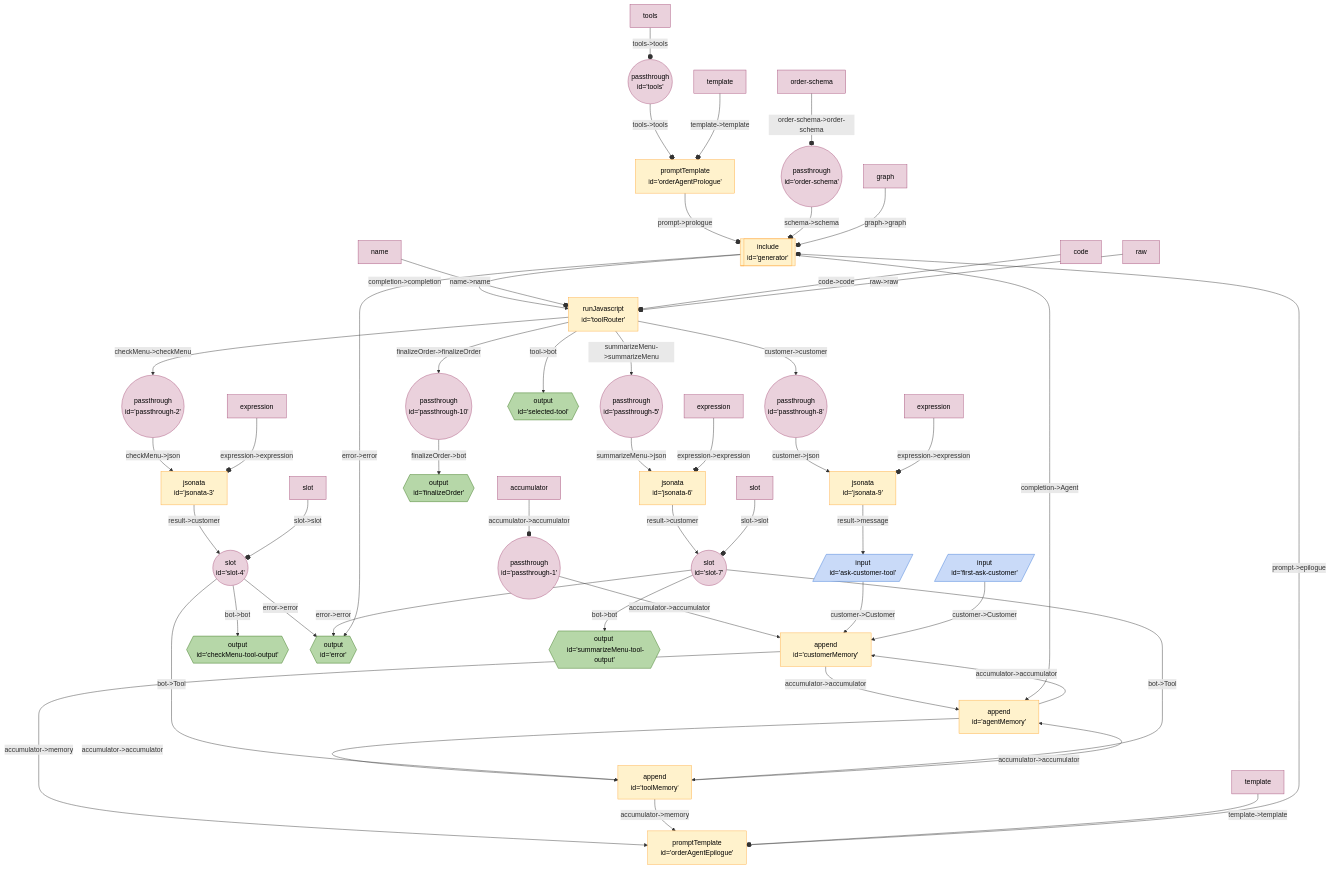
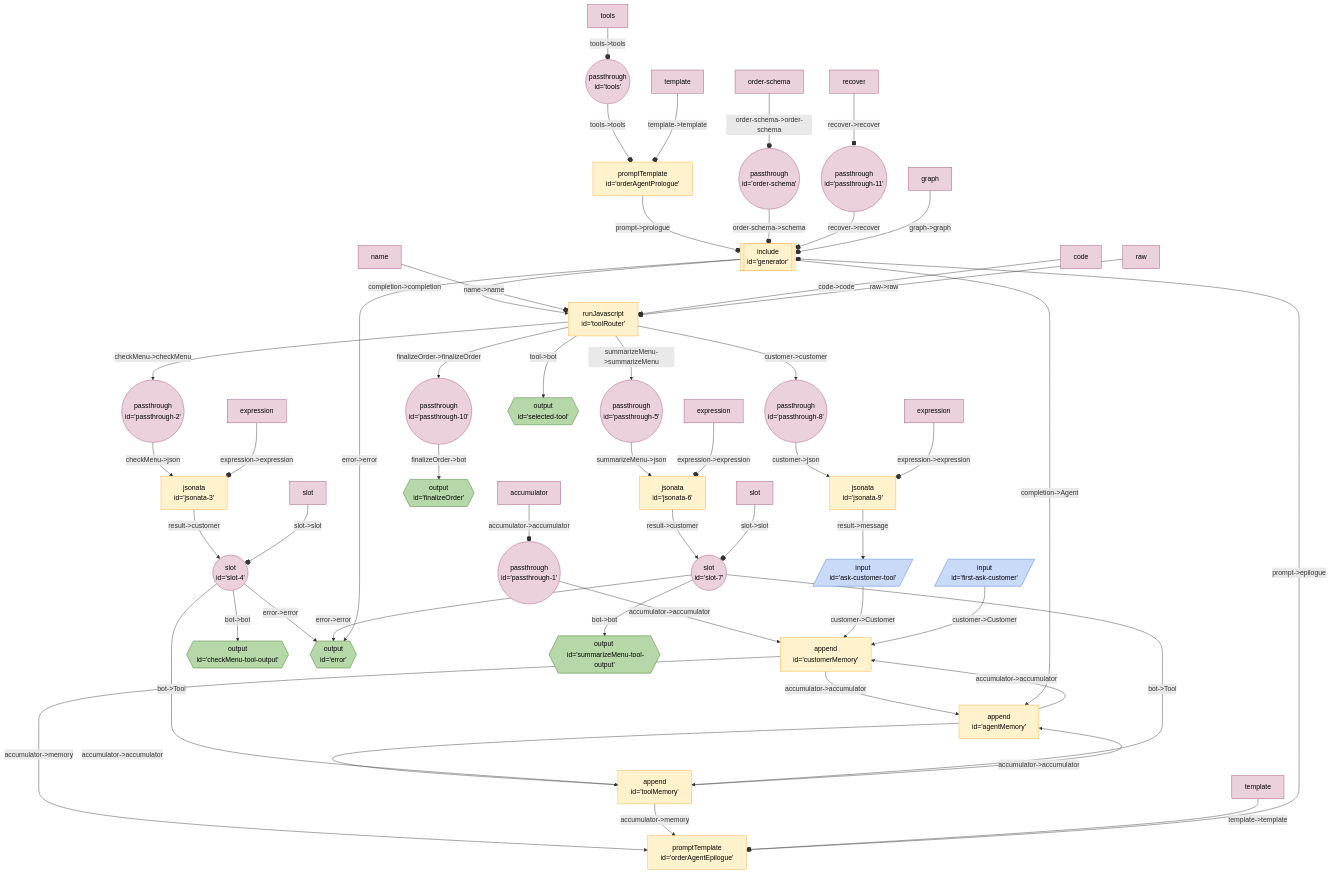
The diagram in seeds/coffee-bot-board/docs/order-agent.md (breadboard-ai/breadboard), drawn with Mermaid before and after one commit. The commit also changed 6 other files, not shown here.

````diff
--- a/seeds/coffee-bot-board/docs/order-agent.md
+++ b/seeds/coffee-bot-board/docs/order-agent.md
@@ -3,60 +3,62 @@
 ```mermaid
 %%{init: 'themeVariables': { 'fontFamily': 'Fira Code, monospace' }}%%
 graph TD;
 tools(("passthrough <br> id='tools'")):::passthrough -- "tools->tools" --o orderAgentPrologue["promptTemplate <br> id='orderAgentPrologue'"]
 passthrough1(("passthrough <br> id='passthrough-1'")):::passthrough -- "accumulator->accumulator" --> customerMemory["append <br> id='customerMemory'"]
 customerMemory["append <br> id='customerMemory'"] -- "accumulator->accumulator" --> agentMemory["append <br> id='agentMemory'"]
 agentMemory["append <br> id='agentMemory'"] -- "accumulator->accumulator" --> toolMemory["append <br> id='toolMemory'"]
 agentMemory["append <br> id='agentMemory'"] -- "accumulator->accumulator" --> customerMemory["append <br> id='customerMemory'"]
 toolMemory["append <br> id='toolMemory'"] -- "accumulator->accumulator" --> agentMemory["append <br> id='agentMemory'"]
 customerMemory["append <br> id='customerMemory'"] -- "accumulator->memory" --> orderAgentEpilogue["promptTemplate <br> id='orderAgentEpilogue'"]
 toolMemory["append <br> id='toolMemory'"] -- "accumulator->memory" --> orderAgentEpilogue["promptTemplate <br> id='orderAgentEpilogue'"]
 slot4(("slot <br> id='slot-4'")):::slot -- "bot->Tool" --> toolMemory["append <br> id='toolMemory'"]
 slot4(("slot <br> id='slot-4'")):::slot -- "bot->bot" --> checkMenutooloutput{{"output <br> id='checkMenu-tool-output'"}}:::output
 slot4(("slot <br> id='slot-4'")):::slot -- "error->error" --> error{{"output <br> id='error'"}}:::output
 jsonata3["jsonata <br> id='jsonata-3'"] -- "result->customer" --> slot4(("slot <br> id='slot-4'")):::slot
 passthrough2(("passthrough <br> id='passthrough-2'")):::passthrough -- "checkMenu->json" --> jsonata3["jsonata <br> id='jsonata-3'"]
 slot7(("slot <br> id='slot-7'")):::slot -- "bot->Tool" --> toolMemory["append <br> id='toolMemory'"]
 slot7(("slot <br> id='slot-7'")):::slot -- "bot->bot" --> summarizeMenutooloutput{{"output <br> id='summarizeMenu-tool-output'"}}:::output
 slot7(("slot <br> id='slot-7'")):::slot -- "error->error" --> error{{"output <br> id='error'"}}:::output
 jsonata6["jsonata <br> id='jsonata-6'"] -- "result->customer" --> slot7(("slot <br> id='slot-7'")):::slot
 passthrough5(("passthrough <br> id='passthrough-5'")):::passthrough -- "summarizeMenu->json" --> jsonata6["jsonata <br> id='jsonata-6'"]
 askcustomertool[/"input <br> id='ask-customer-tool'"/]:::input -- "customer->Customer" --> customerMemory["append <br> id='customerMemory'"]
 jsonata9["jsonata <br> id='jsonata-9'"] -- "result->message" --> askcustomertool[/"input <br> id='ask-customer-tool'"/]:::input
 passthrough8(("passthrough <br> id='passthrough-8'")):::passthrough -- "customer->json" --> jsonata9["jsonata <br> id='jsonata-9'"]
 passthrough10(("passthrough <br> id='passthrough-10'")):::passthrough -- "finalizeOrder->bot" --> finalizeOrder{{"output <br> id='finalizeOrder'"}}:::output
 toolRouter["runJavascript <br> id='toolRouter'"] -- "tool->bot" --> selectedtool{{"output <br> id='selected-tool'"}}:::output
 toolRouter["runJavascript <br> id='toolRouter'"] -- "customer->customer" --> passthrough8(("passthrough <br> id='passthrough-8'")):::passthrough
 toolRouter["runJavascript <br> id='toolRouter'"] -- "checkMenu->checkMenu" --> passthrough2(("passthrough <br> id='passthrough-2'")):::passthrough
 toolRouter["runJavascript <br> id='toolRouter'"] -- "summarizeMenu->summarizeMenu" --> passthrough5(("passthrough <br> id='passthrough-5'")):::passthrough
 toolRouter["runJavascript <br> id='toolRouter'"] -- "finalizeOrder->finalizeOrder" --> passthrough10(("passthrough <br> id='passthrough-10'")):::passthrough
 firstaskcustomer[/"input <br> id='first-ask-customer'"/]:::input -- "customer->Customer" --> customerMemory["append <br> id='customerMemory'"]
 orderAgentPrologue["promptTemplate <br> id='orderAgentPrologue'"] -- "prompt->prologue" --o generator[["include <br> id='generator'"]]:::include
 orderAgentEpilogue["promptTemplate <br> id='orderAgentEpilogue'"] -- "prompt->epilogue" --o generator[["include <br> id='generator'"]]:::include
-orderschema(("passthrough <br> id='order-schema'")):::passthrough -- "schema->schema" --o generator[["include <br> id='generator'"]]:::include
+orderschema(("passthrough <br> id='order-schema'")):::passthrough -- "order-schema->schema" --o generator[["include <br> id='generator'"]]:::include
+passthrough11(("passthrough <br> id='passthrough-11'")):::passthrough -- "recover->recover" --o generator[["include <br> id='generator'"]]:::include
 generator[["include <br> id='generator'"]]:::include -- "completion->completion" --> toolRouter["runJavascript <br> id='toolRouter'"]
 generator[["include <br> id='generator'"]]:::include -- "completion->Agent" --> agentMemory["append <br> id='agentMemory'"]
 generator[["include <br> id='generator'"]]:::include -- "error->error" --> error{{"output <br> id='error'"}}:::output
 templateorderAgentPrologue[template]:::config -- "template->template" --o orderAgentPrologue
 toolstools[tools]:::config -- "tools->tools" --o tools
 orderschemaorderschema[order-schema]:::config -- "order-schema->order-schema" --o orderschema
 templateorderAgentEpilogue[template]:::config -- "template->template" --o orderAgentEpilogue
 accumulatorpassthrough1[accumulator]:::config -- "accumulator->accumulator" --o passthrough1
 expressionjsonata3[expression]:::config -- "expression->expression" --o jsonata3
 slotslot4[slot]:::config -- "slot->slot" --o slot4
 expressionjsonata6[expression]:::config -- "expression->expression" --o jsonata6
 slotslot7[slot]:::config -- "slot->slot" --o slot7
 expressionjsonata9[expression]:::config -- "expression->expression" --o jsonata9
 nametoolRouter[name]:::config -- "name->name" --o toolRouter
 codetoolRouter[code]:::config -- "code->code" --o toolRouter
 rawtoolRouter[raw]:::config -- "raw->raw" --o toolRouter
 graphgenerator[graph]:::config -- "graph->graph" --o generator
+recoverpassthrough11[recover]:::config -- "recover->recover" --o passthrough11
 classDef default stroke:#ffab40,fill:#fff2ccff,color:#000
 classDef input stroke:#3c78d8,fill:#c9daf8ff,color:#000
 classDef output stroke:#38761d,fill:#b6d7a8ff,color:#000
 classDef passthrough stroke:#a64d79,fill:#ead1dcff,color:#000
 classDef slot stroke:#a64d79,fill:#ead1dcff,color:#000
 classDef config stroke:#a64d79,fill:#ead1dcff,color:#000
 classDef secrets stroke:#db4437,fill:#f4cccc,color:#000
 classDef slotted stroke:#a64d79
 ```
````
